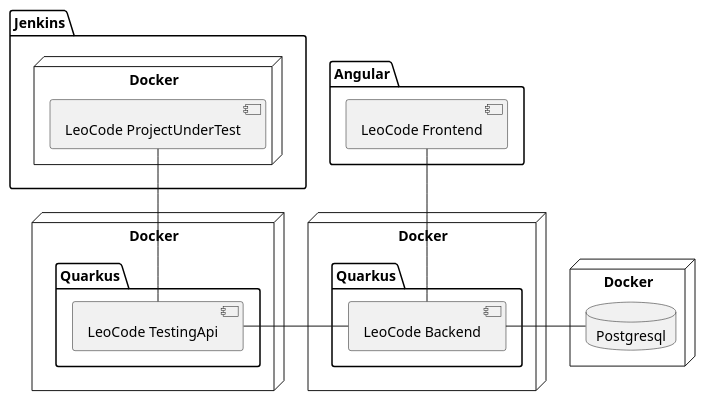
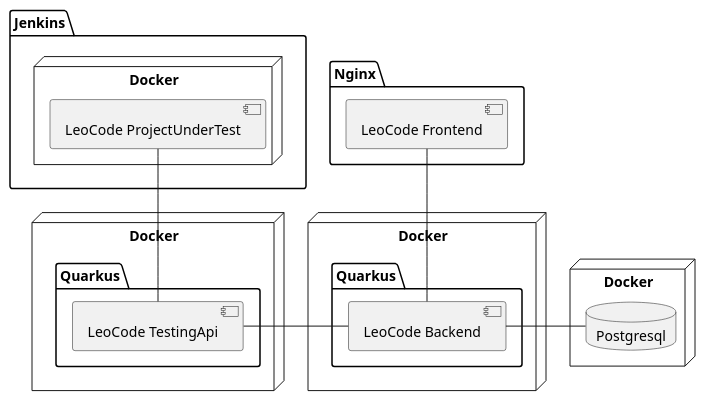
One commit to donnabauerc/LeoCodeDocs changed the diagram in revealjs/assets/sysarch-with-jenkins.puml. Above: the diagram before and after it, drawn with PlantUML. The commit also changed 14 other files, not shown here.

```diff
--- a/revealjs/assets/sysarch-with-jenkins.puml
+++ b/revealjs/assets/sysarch-with-jenkins.puml
@@ -1,32 +1,32 @@
 @startuml
 
 node "Docker" as Docker2{
     database "Postgresql"
 }
 node "Docker" as Docker1{
     package "Quarkus" as Quarkus1{
         [LeoCode Backend]
     }
 }
 
 node "Docker" as Docker3{
     package "Quarkus" as Quarkus2{
         [LeoCode TestingApi]
     }
 }
 
 package "Jenkins" {
     node "Docker" as Docker4{
         [LeoCode ProjectUnderTest]
     }
 }
 
-package "Angular" {
+package "Nginx" {
     [LeoCode Frontend]
 }
 
 [LeoCode TestingApi] - [LeoCode Backend]
 [LeoCode Backend] - Postgresql
 [LeoCode Backend] -up- [LeoCode Frontend]
 [LeoCode TestingApi] -up- [LeoCode ProjectUnderTest]
 @enduml
```
